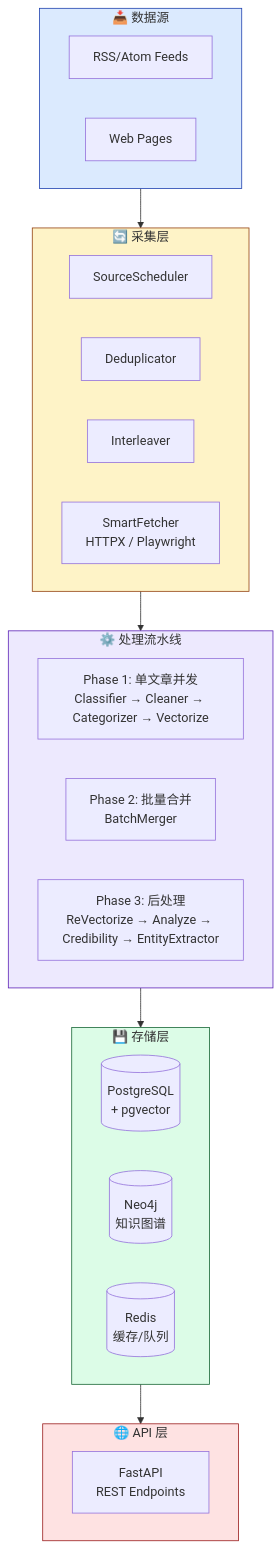
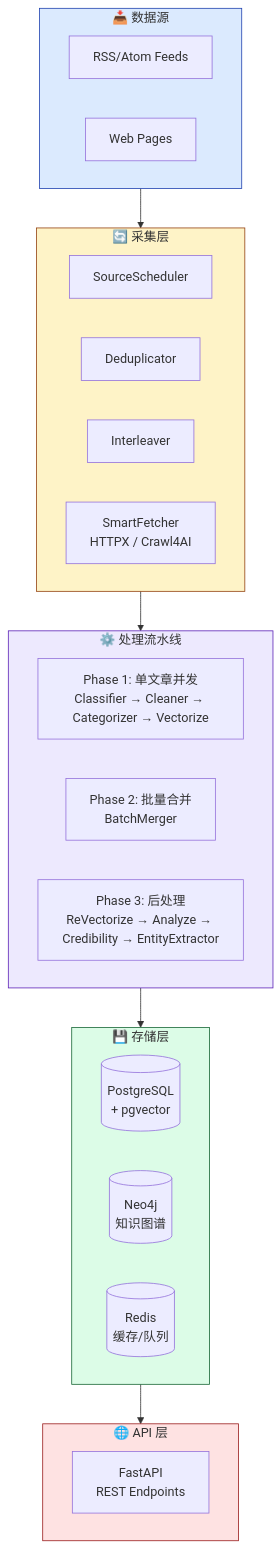
The first of 3 diagrams in README.md (Kirky-X/weaver), drawn with Mermaid before and after one commit. The commit also changed other lines of this file, not shown here.

First line of the commit message:
docs: update README for crawl4ai migration

````diff
--- a/README.md
+++ b/README.md
@@ -318,41 +317,41 @@
 ```mermaid
 graph TB
     subgraph Sources ["📥 数据源"]
         A[RSS/Atom Feeds]
         B[Web Pages]
     end
 
     subgraph Collector ["🔄 采集层"]
         C[SourceScheduler]
         D[Deduplicator]
         E[Interleaver]
-        F[SmartFetcher<br/>HTTPX / Playwright]
+        F[SmartFetcher<br/>HTTPX / Crawl4AI]
     end
 
     subgraph Pipeline ["⚙️ 处理流水线"]
         G[Phase 1: 单文章并发<br/>Classifier → Cleaner → Categorizer → Vectorize]
         H[Phase 2: 批量合并<br/>BatchMerger]
         I[Phase 3: 后处理<br/>ReVectorize → Analyze → Credibility → EntityExtractor]
     end
 
     subgraph Storage ["💾 存储层"]
         J[(PostgreSQL<br/>+ pgvector)]
         K[(Neo4j<br/>知识图谱)]
         L[(Redis<br/>缓存/队列)]
     end
 
     subgraph API ["🌐 API 层"]
         M[FastAPI<br/>REST Endpoints]
     end
 
     Sources --> Collector
     Collector --> Pipeline
     Pipeline --> Storage
     Storage --> API
 
     style Sources fill:#DBEAFE,stroke:#1E40AF
     style Collector fill:#FEF3C7,stroke:#92400E
     style Pipeline fill:#EDE9FE,stroke:#5B21B6
     style Storage fill:#DCFCE7,stroke:#166534
     style API fill:#FEE2E2,stroke:#991B1B
 ```
````
